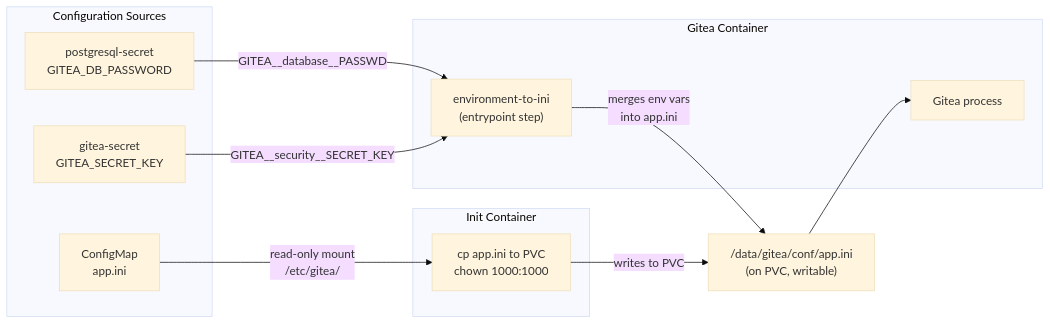
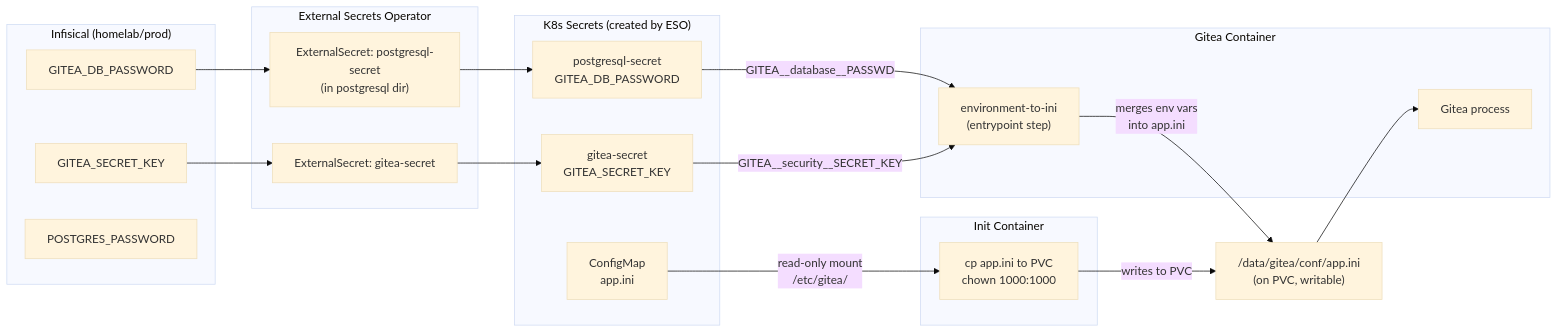
Before and after one commit to haingth77/homelab: the second of 5 diagrams in k8s/apps/gitea/README.md, drawn with Mermaid (base theme). The commit also changed other lines of this file and 8 other files, not shown here.

Commit message:
feat: provision ArgoCD, Gitea, and Dashboard credentials via Infisical

````diff
--- a/k8s/apps/gitea/README.md
+++ b/k8s/apps/gitea/README.md
@@ -52,26 +55,40 @@
 ```mermaid
 flowchart LR
-    subgraph sources["Configuration Sources"]
+    subgraph infisical["Infisical (homelab/prod)"]
+        IS1["GITEA_SECRET_KEY"]
+        IS2["GITEA_DB_PASSWORD"]
+        IS3["POSTGRES_PASSWORD"]
+    end
+
+    subgraph eso["External Secrets Operator"]
+        ES1["ExternalSecret: gitea-secret"]
+        ES2["ExternalSecret: postgresql-secret\n(in postgresql dir)"]
+    end
+
+    subgraph sources["K8s Secrets (created by ESO)"]
         CM["ConfigMap\napp.ini"]
         PgSecret["postgresql-secret\nGITEA_DB_PASSWORD"]
         GSecret["gitea-secret\nGITEA_SECRET_KEY"]
     end
+
+    IS1 --> ES1 --> GSecret
+    IS2 --> ES2 --> PgSecret
 
     subgraph init["Init Container"]
         Copy["cp app.ini to PVC\nchown 1000:1000"]
     end
 
     subgraph main["Gitea Container"]
         EnvToIni["environment-to-ini\n(entrypoint step)"]
         GiteaProc["Gitea process"]
     end
 
     PVCFile["/data/gitea/conf/app.ini\n(on PVC, writable)"]
 
     CM -- "read-only mount\n/etc/gitea/" --> Copy
     Copy -- "writes to PVC" --> PVCFile
     PgSecret -- "GITEA__database__PASSWD" --> EnvToIni
     GSecret -- "GITEA__security__SECRET_KEY" --> EnvToIni
     EnvToIni -- "merges env vars\ninto app.ini" --> PVCFile
     PVCFile --> GiteaProc
 ```
````
